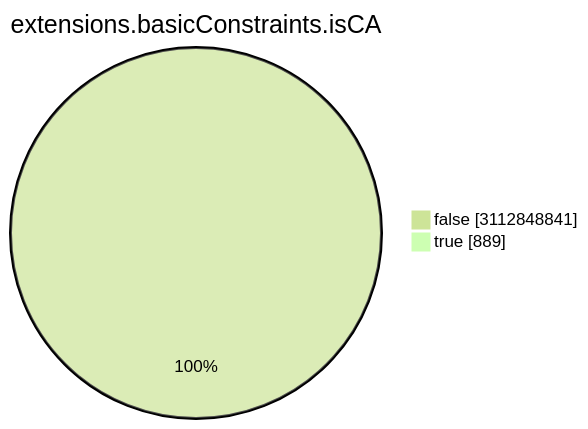
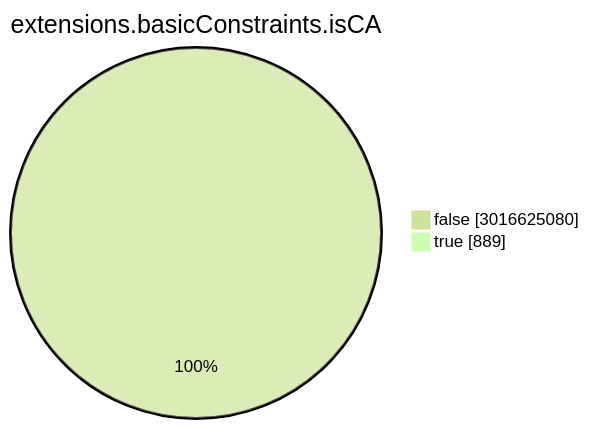
One commit to christiankrug/ctmonitor_visualization changed the seventh of 15 diagrams in TOTAL/README.md. Above: the diagram before and after it, drawn with Mermaid (forest theme). The commit also changed other lines of this file, not shown here.

````diff
--- a/TOTAL/README.md
+++ b/TOTAL/README.md
@@ -3086,6 +3085,6 @@
 ```mermaid
 pie showData
 title extensions.basicConstraints.isCA
-"false" :3112848841
+"false" :3016625080
 "true" :889
 ```
````
